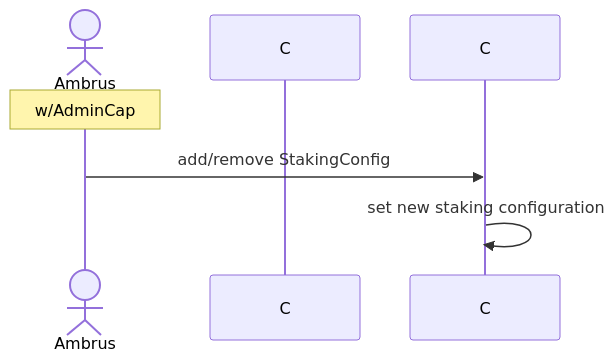
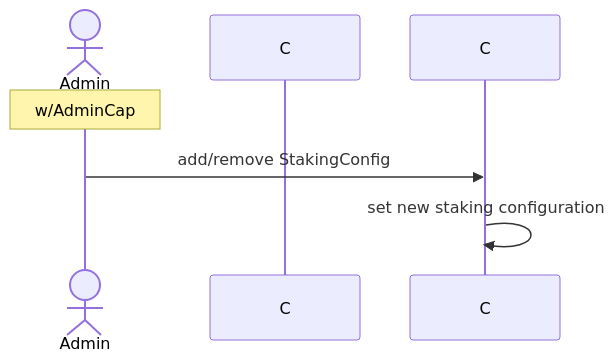
The fifth of 5 diagrams in README.md (z330789559/e4c), drawn with Mermaid before and after one commit.

Commit message:
docs: use admin instead of ambrus

````diff
--- a/README.md
+++ b/README.md
@@ -96,8 +96,8 @@
 ```mermaid
 sequenceDiagram
-    actor A as Ambrus
+    actor A as Admin
     participant config as C
     Note over A: w/AdminCap
     A ->> C: add/remove StakingConfig
     C ->> C: set new staking configuration
 ```
````
